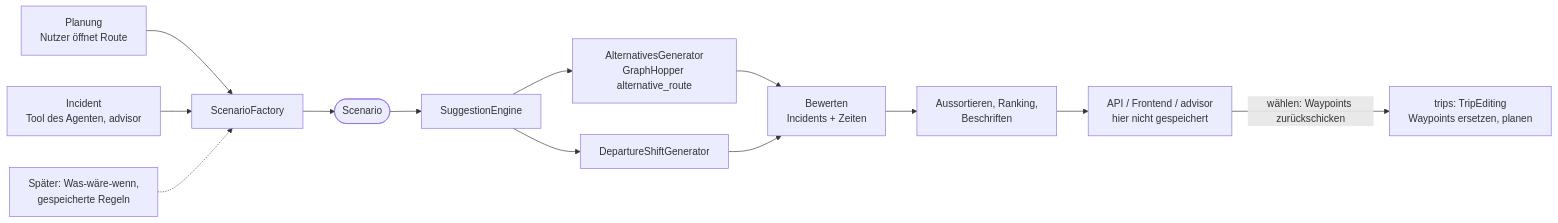
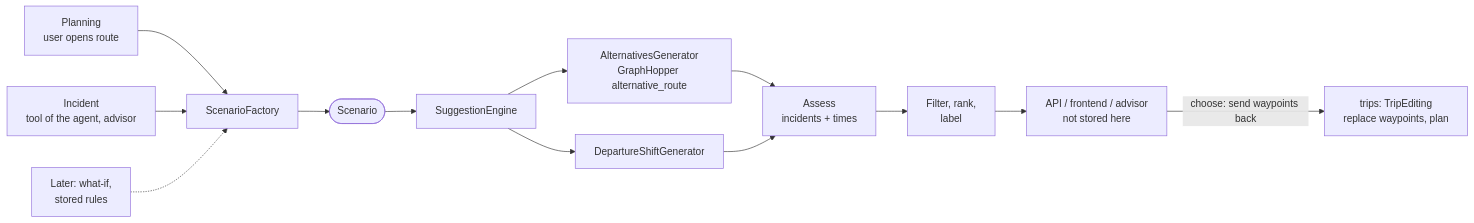
The diagram in Docs/recommendations.md (kehrbros/nofrustrationvacation), drawn with Mermaid before and after one commit. The commit also changed other lines of this file and 136 other files, not shown here.

````diff
--- a/Docs/recommendations.md
+++ b/Docs/recommendations.md
@@ -11,14 +11,14 @@
 ```mermaid
 flowchart LR
-    p[Planung<br>Nutzer öffnet Route] --> sf
-    i[Incident<br>Tool des Agenten, advisor] --> sf
-    w[Später: Was-wäre-wenn,<br>gespeicherte Regeln] -.-> sf
+    p[Planning<br>user opens route] --> sf
+    i[Incident<br>tool of the agent, advisor] --> sf
+    w[Later: what-if,<br>stored rules] -.-> sf
     sf[ScenarioFactory] --> s([Scenario])
     s --> e[SuggestionEngine]
     e --> g2[AlternativesGenerator<br>GraphHopper alternative_route]
     e --> g4[DepartureShiftGenerator]
-    g2 & g4 --> ev[Bewerten<br>Incidents + Zeiten]
-    ev --> r[Aussortieren, Ranking,<br>Beschriften]
-    r --> api[API / Frontend / advisor<br>hier nicht gespeichert]
-    api -->|wählen: Waypoints zurückschicken| trips[trips: TripEditing<br>Waypoints ersetzen, planen]
+    g2 & g4 --> ev[Assess<br>incidents + times]
+    ev --> r[Filter, rank,<br>label]
+    r --> api[API / frontend / advisor<br>not stored here]
+    api -->|choose: send waypoints back| trips[trips: TripEditing<br>replace waypoints, plan]
 ```
````
